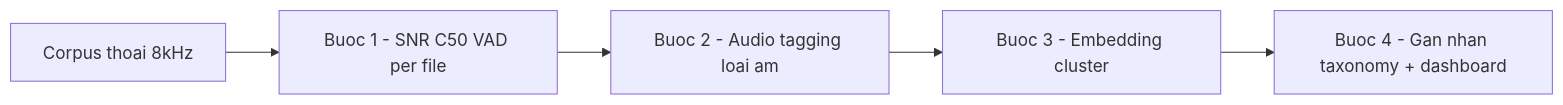
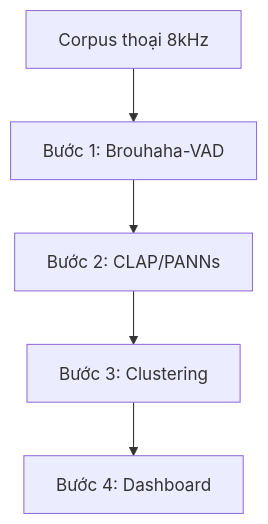
Before and after one commit to ManhTanTran/fci_voice_agent_local: the diagram in docs/03_audio_frontend/00_README.md, drawn with Mermaid. The commit also changed other lines of this file and 16 other files, not shown here.

````diff
--- a/docs/03_audio_frontend/00_README.md
+++ b/docs/03_audio_frontend/00_README.md
@@ -93,7 +179,7 @@
 ```mermaid
-graph LR
-  Corpus[Corpus thoai 8kHz] --> B1[Buoc 1 - SNR C50 VAD per file]
-  B1 --> B2[Buoc 2 - Audio tagging loai am]
-  B2 --> B3[Buoc 3 - Embedding cluster]
-  B3 --> B4[Buoc 4 - Gan nhan taxonomy + dashboard]
+graph TD
+  Corpus["Corpus thoại 8kHz"] --> B1["Bước 1: Brouhaha-VAD"]
+  B1 --> B2["Bước 2: CLAP/PANNs"]
+  B2 --> B3["Bước 3: Clustering"]
+  B3 --> B4["Bước 4: Dashboard"]
 ```
````
